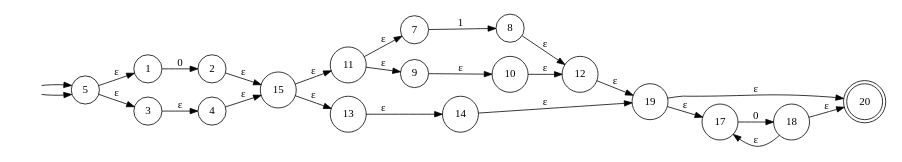
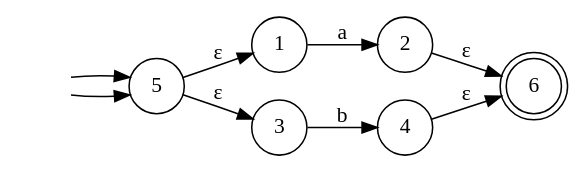
One commit to donmatthiuz/Laboratorios_Teoria_Computacion- changed the diagram in automata.gv. Above: the diagram before and after it, drawn with Graphviz. The commit also changed 2 other files, not shown here.

```diff
--- a/automata.gv
+++ b/automata.gv
@@ -1,32 +1,16 @@
 digraph finite_state_machine {
 	rankdir=LR size="8,5"
 	node [shape=doublecircle]
-	20
+	6
 	node [shape=circle]
 	"" [style=invis]
 	"" -> 5
 	5 -> 1 [label="ε"]
 	"" [style=invis]
 	"" -> 5
 	5 -> 3 [label="ε"]
-	2 -> 15 [label="ε"]
-	4 -> 15 [label="ε"]
-	1 -> 2 [label=0]
-	3 -> 4 [label="ε"]
-	15 -> 11 [label="ε"]
-	15 -> 13 [label="ε"]
-	12 -> 19 [label="ε"]
-	14 -> 19 [label="ε"]
-	11 -> 7 [label="ε"]
-	11 -> 9 [label="ε"]
-	8 -> 12 [label="ε"]
-	10 -> 12 [label="ε"]
-	7 -> 8 [label=1]
-	9 -> 10 [label="ε"]
-	13 -> 14 [label="ε"]
-	19 -> 17 [label="ε"]
-	18 -> 17 [label="ε"]
-	18 -> 20 [label="ε"]
-	19 -> 20 [label="ε"]
-	17 -> 18 [label=0]
+	2 -> 6 [label="ε"]
+	4 -> 6 [label="ε"]
+	1 -> 2 [label=a]
+	3 -> 4 [label=b]
 }
```
